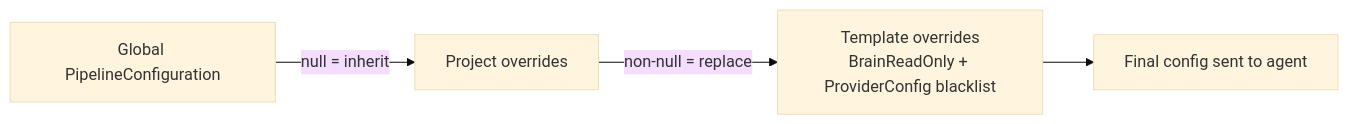
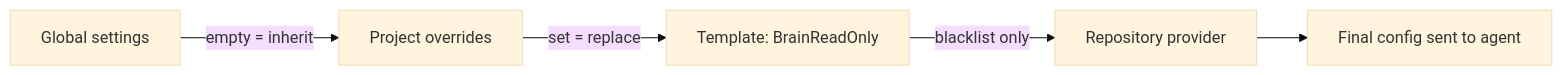
Before and after one commit to Chemsorly/coding-agent-automation: the first of 2 diagrams in docs/projects.md, drawn with Mermaid (base theme). The commit also changed other lines of this file and 123 other files, not shown here.

Commit message:
feat: Settings are read, offered and range-checked, with one Code Review page and templates editable in place (#3186)

````diff
--- a/docs/projects.md
+++ b/docs/projects.md
@@ -18,6 +18,7 @@
 ```mermaid
 flowchart LR
-    A[Global PipelineConfiguration] -->|null = inherit| B[Project overrides]
-    B -->|non-null = replace| C[Template overrides<br/>BrainReadOnly + ProviderConfig blacklist]
-    C --> D[Final config sent to agent]
+    A[Global settings] -->|empty = inherit| B[Project overrides]
+    B -->|set = replace| C[Template: BrainReadOnly]
+    C -->|blacklist only| D[Repository provider]
+    D --> E[Final config sent to agent]
 ```
````
